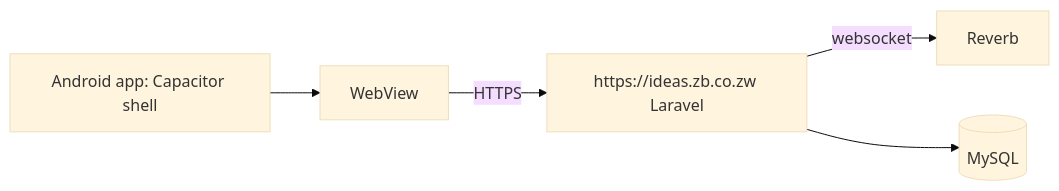
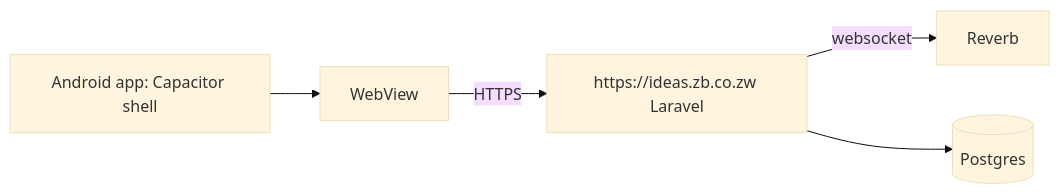
Diagram 16 of 18 in docs/DOCUMENTATION.md (Nqobileee/zb-idea-manager), drawn with Mermaid (base theme) before and after one commit. The commit also changed other lines of this file and 9 other files, not shown here.

````diff
--- a/docs/DOCUMENTATION.md
+++ b/docs/DOCUMENTATION.md
@@ -528,7 +528,7 @@
 ```mermaid
 flowchart LR
     APK[Android app: Capacitor shell] --> WV[WebView]
     WV -->|HTTPS| SITE[https://ideas.zb.co.zw Laravel]
     SITE -->|websocket| REV[Reverb]
-    SITE --> DB[(MySQL)]
+    SITE --> DB[(Postgres)]
 ```
````
